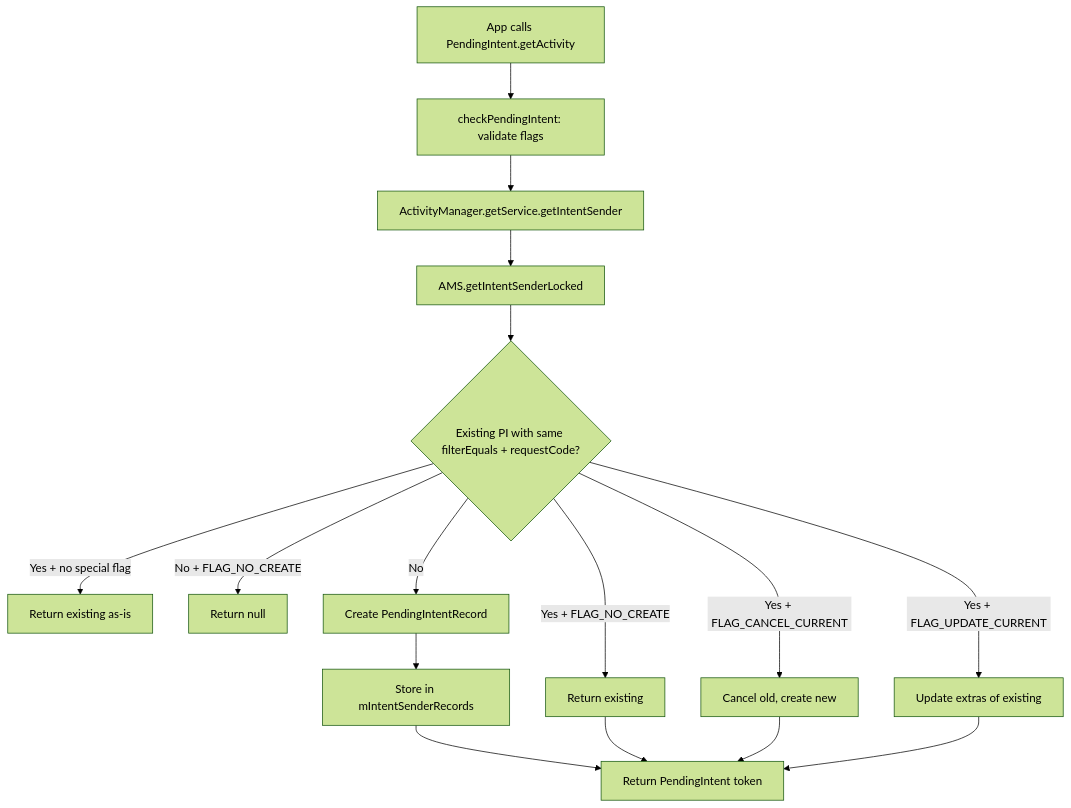
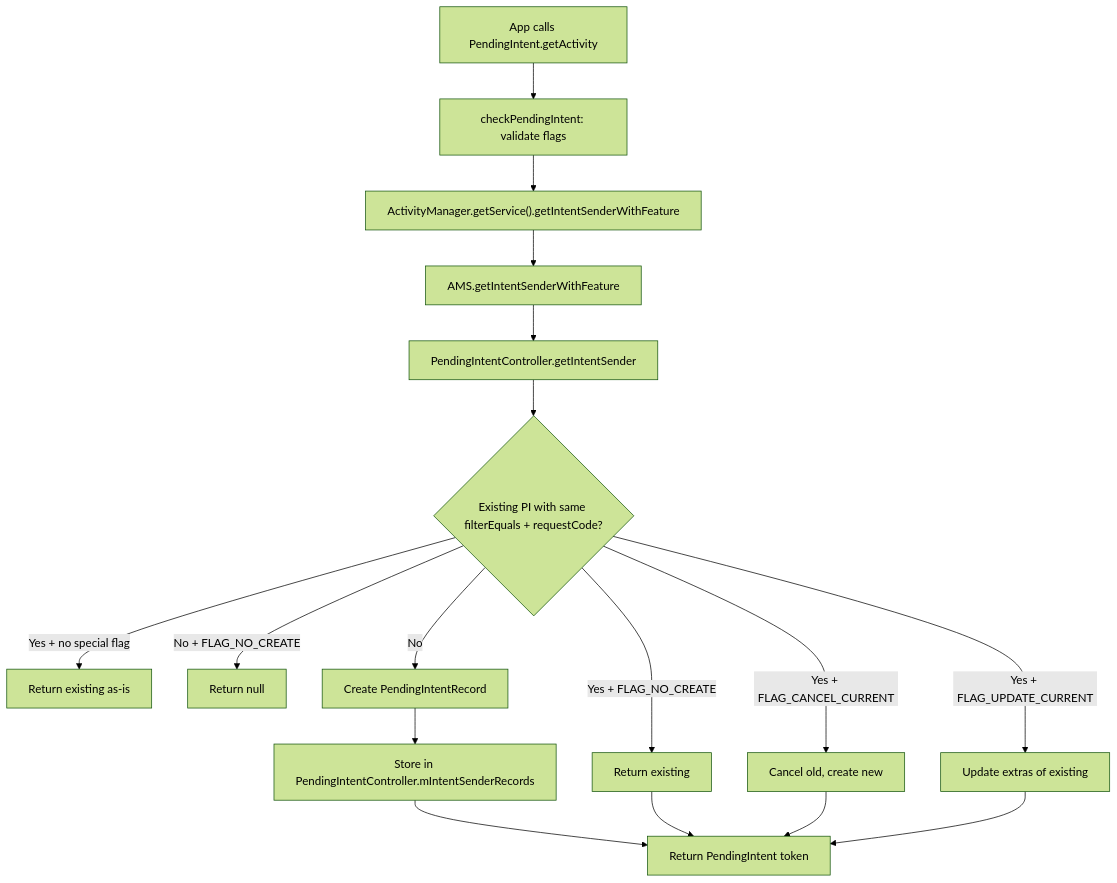
One commit to aospbooks/aosp-internal-book changed the eighth of 31 diagrams in 21-intent-system.md. Above: the diagram before and after it, drawn with Mermaid (forest theme). The commit also changed other lines of this file and 218 other files, not shown here.

````diff
--- a/21-intent-system.md
+++ b/21-intent-system.md
@@ -1000,18 +1020,19 @@
 ```mermaid
 flowchart TD
     A[App calls PendingIntent.getActivity] --> B[checkPendingIntent: validate flags]
-    B --> C[ActivityManager.getService.getIntentSender]
-    C --> D[AMS.getIntentSenderLocked]
+    B --> C["ActivityManager.getService().getIntentSenderWithFeature"]
+    C --> C2[AMS.getIntentSenderWithFeature]
+    C2 --> D[PendingIntentController.getIntentSender]
     D --> E{Existing PI with same filterEquals + requestCode?}
     E -->|Yes + FLAG_NO_CREATE| F[Return existing]
     E -->|Yes + FLAG_CANCEL_CURRENT| G[Cancel old, create new]
     E -->|Yes + FLAG_UPDATE_CURRENT| H[Update extras of existing]
     E -->|Yes + no special flag| I[Return existing as-is]
     E -->|No + FLAG_NO_CREATE| J[Return null]
     E -->|No| K[Create PendingIntentRecord]
-    K --> L[Store in mIntentSenderRecords]
+    K --> L[Store in PendingIntentController.mIntentSenderRecords]
     L --> M[Return PendingIntent token]
     F --> M
     G --> M
     H --> M
 ```
````
